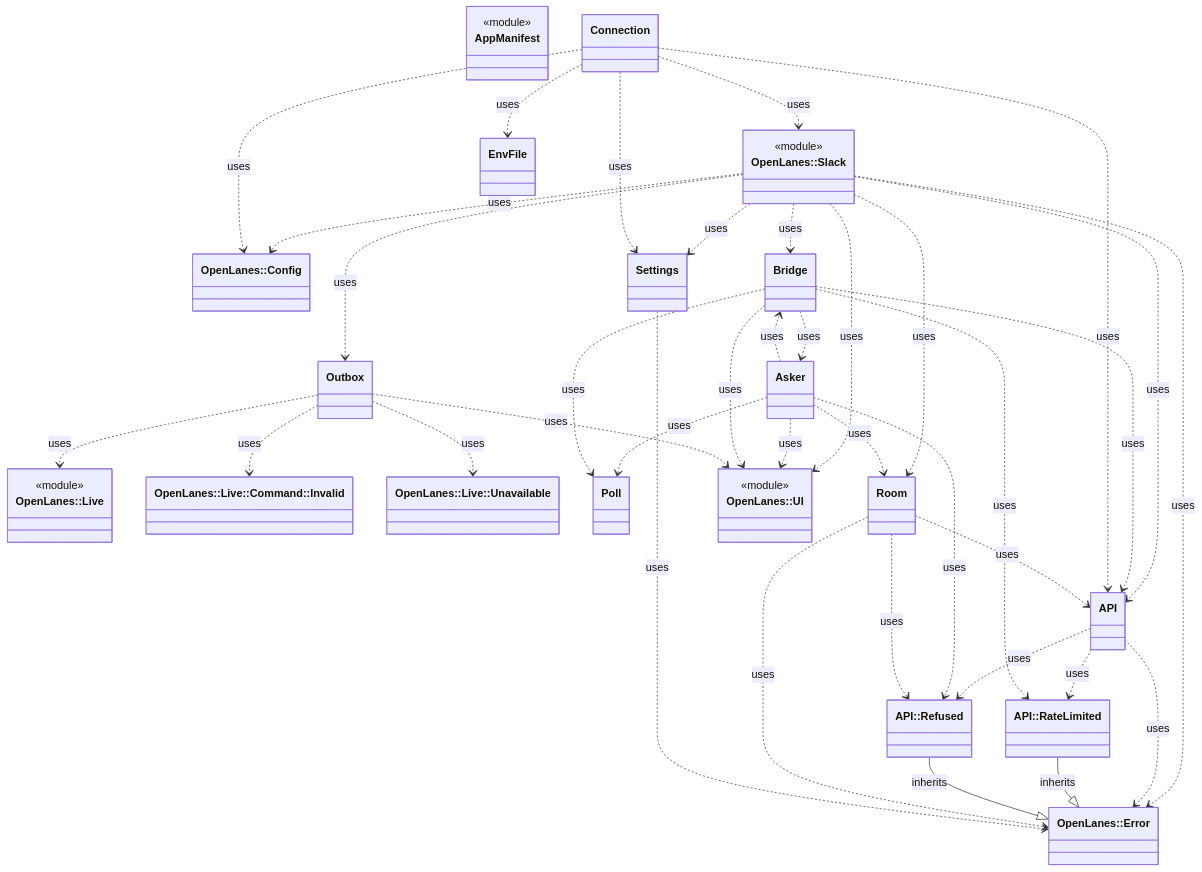
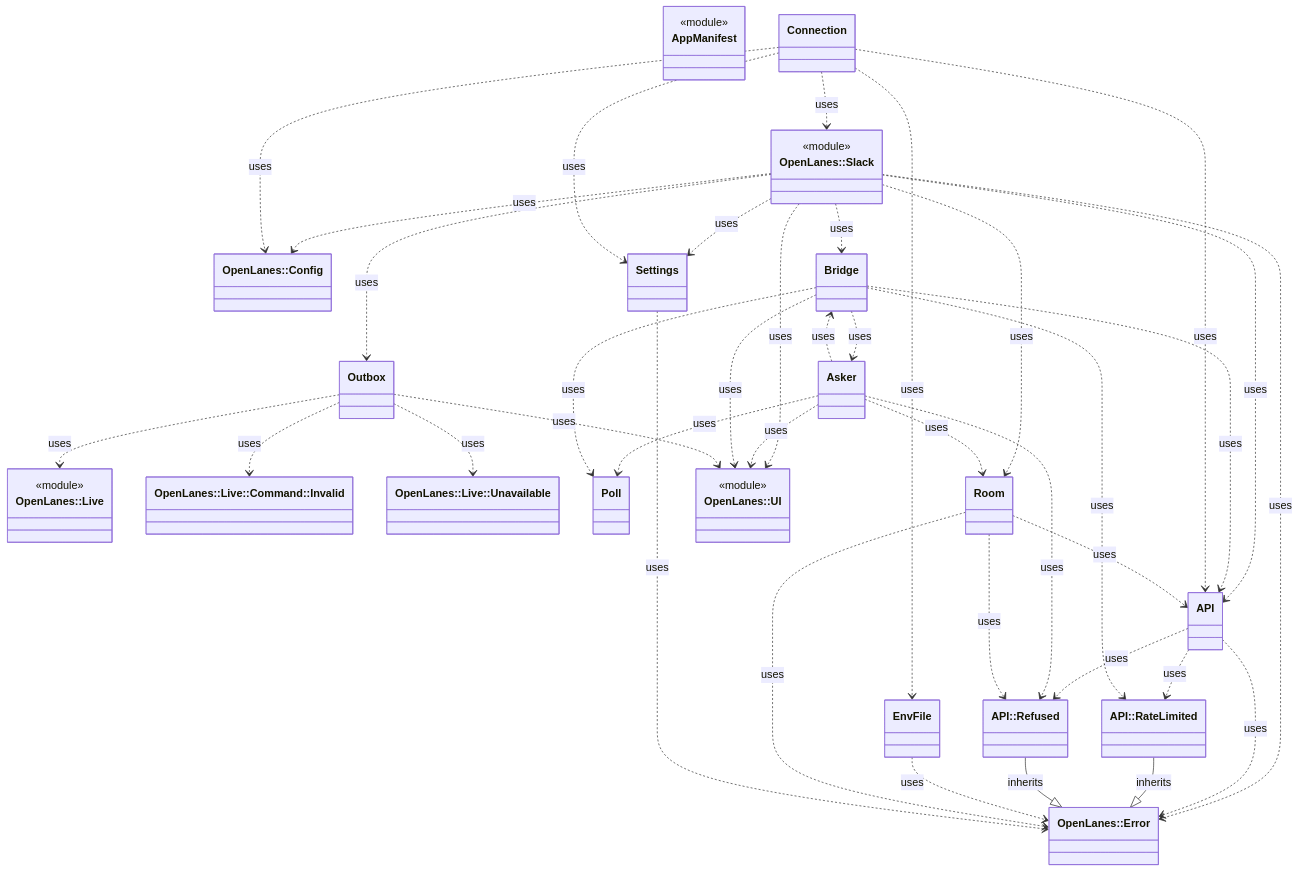
Before and after one commit to kigster/openlanes: the diagram in docs/architecture/openlanes-slack.md, drawn with Mermaid. The commit also changed 3 other files, not shown here.

````diff
--- a/docs/architecture/openlanes-slack.md
+++ b/docs/architecture/openlanes-slack.md
@@ -5,62 +5,63 @@
 ```mermaid
 classDiagram
   class OpenLanes__Config["OpenLanes::Config"]
   class OpenLanes__Error["OpenLanes::Error"]
   class OpenLanes__Live["OpenLanes::Live"]
   <<module>> OpenLanes__Live
   class OpenLanes__Live__Command__Invalid["OpenLanes::Live::Command::Invalid"]
   class OpenLanes__Live__Unavailable["OpenLanes::Live::Unavailable"]
   class OpenLanes__Slack["OpenLanes::Slack"]
   <<module>> OpenLanes__Slack
   class OpenLanes__Slack__API["API"]
   class OpenLanes__Slack__API__RateLimited["API::RateLimited"]
   class OpenLanes__Slack__API__Refused["API::Refused"]
   class OpenLanes__Slack__AppManifest["AppManifest"]
   <<module>> OpenLanes__Slack__AppManifest
   class OpenLanes__Slack__Asker["Asker"]
   class OpenLanes__Slack__Bridge["Bridge"]
   class OpenLanes__Slack__Connection["Connection"]
   class OpenLanes__Slack__EnvFile["EnvFile"]
   class OpenLanes__Slack__Outbox["Outbox"]
   class OpenLanes__Slack__Poll["Poll"]
   class OpenLanes__Slack__Room["Room"]
   class OpenLanes__Slack__Settings["Settings"]
   class OpenLanes__UI["OpenLanes::UI"]
   <<module>> OpenLanes__UI
   OpenLanes__Slack ..> OpenLanes__Config : uses
   OpenLanes__Slack ..> OpenLanes__Error : uses
   OpenLanes__Slack ..> OpenLanes__Slack__API : uses
   OpenLanes__Slack ..> OpenLanes__Slack__Bridge : uses
   OpenLanes__Slack ..> OpenLanes__Slack__Outbox : uses
   OpenLanes__Slack ..> OpenLanes__Slack__Room : uses
   OpenLanes__Slack ..> OpenLanes__Slack__Settings : uses
   OpenLanes__Slack ..> OpenLanes__UI : uses
   OpenLanes__Slack__API ..> OpenLanes__Error : uses
   OpenLanes__Slack__API ..> OpenLanes__Slack__API__RateLimited : uses
   OpenLanes__Slack__API ..> OpenLanes__Slack__API__Refused : uses
   OpenLanes__Slack__API__RateLimited --|> OpenLanes__Error : inherits
   OpenLanes__Slack__API__Refused --|> OpenLanes__Error : inherits
   OpenLanes__Slack__Asker ..> OpenLanes__Slack__API__Refused : uses
   OpenLanes__Slack__Asker ..> OpenLanes__Slack__Bridge : uses
   OpenLanes__Slack__Asker ..> OpenLanes__Slack__Poll : uses
   OpenLanes__Slack__Asker ..> OpenLanes__Slack__Room : uses
   OpenLanes__Slack__Asker ..> OpenLanes__UI : uses
   OpenLanes__Slack__Bridge ..> OpenLanes__Slack__API : uses
   OpenLanes__Slack__Bridge ..> OpenLanes__Slack__API__RateLimited : uses
   OpenLanes__Slack__Bridge ..> OpenLanes__Slack__Asker : uses
   OpenLanes__Slack__Bridge ..> OpenLanes__Slack__Poll : uses
   OpenLanes__Slack__Bridge ..> OpenLanes__UI : uses
   OpenLanes__Slack__Connection ..> OpenLanes__Config : uses
   OpenLanes__Slack__Connection ..> OpenLanes__Slack : uses
   OpenLanes__Slack__Connection ..> OpenLanes__Slack__API : uses
   OpenLanes__Slack__Connection ..> OpenLanes__Slack__EnvFile : uses
   OpenLanes__Slack__Connection ..> OpenLanes__Slack__Settings : uses
+  OpenLanes__Slack__EnvFile ..> OpenLanes__Error : uses
   OpenLanes__Slack__Outbox ..> OpenLanes__Live : uses
   OpenLanes__Slack__Outbox ..> OpenLanes__Live__Command__Invalid : uses
   OpenLanes__Slack__Outbox ..> OpenLanes__Live__Unavailable : uses
   OpenLanes__Slack__Outbox ..> OpenLanes__UI : uses
   OpenLanes__Slack__Room ..> OpenLanes__Error : uses
   OpenLanes__Slack__Room ..> OpenLanes__Slack__API : uses
   OpenLanes__Slack__Room ..> OpenLanes__Slack__API__Refused : uses
   OpenLanes__Slack__Settings ..> OpenLanes__Error : uses
 ```
````
